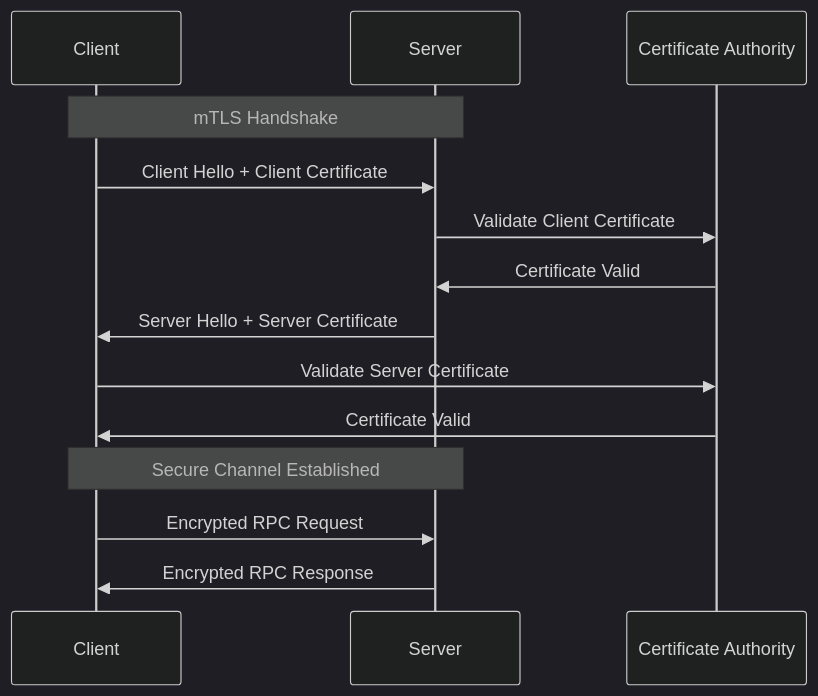
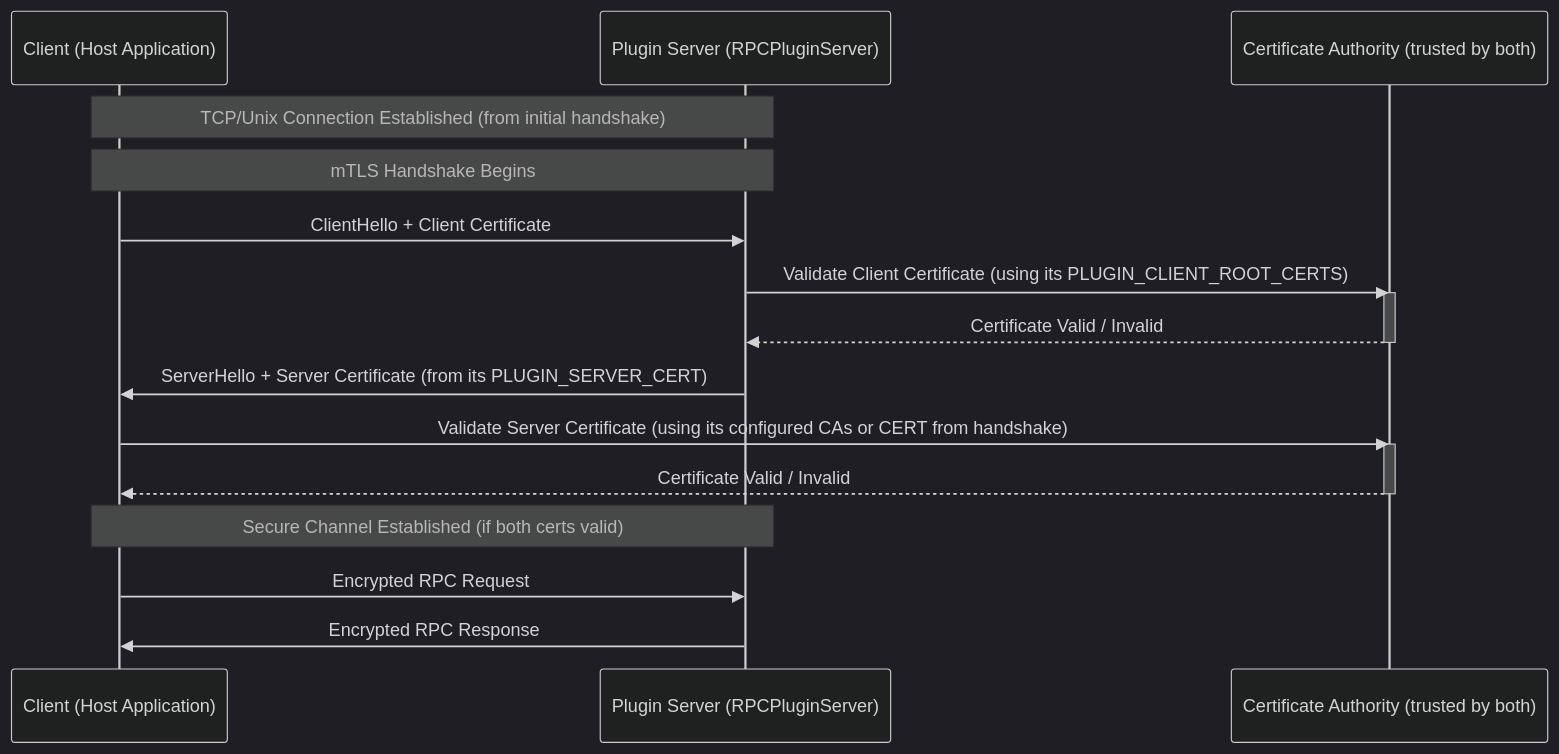
The third of 3 diagrams in docs/architecture.md (provide-io/pyvider-rpcplugin), drawn with Mermaid (dark theme) before and after one commit. The commit also changed other lines of this file and 12 other files, not shown here.

First line of the commit message:
harden(security): enforce mTLS client certificate validation on server side

````diff
--- a/docs/architecture.md
+++ b/docs/architecture.md
@@ -358,18 +444,23 @@
 ```mermaid
 sequenceDiagram
-    participant C as Client
-    participant S as Server
-    participant CA as Certificate Authority
+    participant C as Client (Host Application)
+    participant S as Plugin Server (RPCPluginServer)
+    participant CA as Certificate Authority (trusted by both)
     
-    Note over C,S: mTLS Handshake
-    C->>S: Client Hello + Client Certificate
-    S->>CA: Validate Client Certificate
-    CA->>S: Certificate Valid
-    S->>C: Server Hello + Server Certificate
-    C->>CA: Validate Server Certificate  
-    CA->>C: Certificate Valid
+    Note over C,S: TCP/Unix Connection Established (from initial handshake)
+    Note over C,S: mTLS Handshake Begins
+    C->>S: ClientHello + Client Certificate
+    S->>CA: Validate Client Certificate (using its PLUGIN_CLIENT_ROOT_CERTS)
+    activate CA
+    CA-->>S: Certificate Valid / Invalid
+    deactivate CA
+    S->>C: ServerHello + Server Certificate (from its PLUGIN_SERVER_CERT)
+    C->>CA: Validate Server Certificate (using its configured CAs or CERT from handshake)
+    activate CA
+    CA-->>C: Certificate Valid / Invalid
+    deactivate CA
     
-    Note over C,S: Secure Channel Established
+    Note over C,S: Secure Channel Established (if both certs valid)
     C->>S: Encrypted RPC Request
     S->>C: Encrypted RPC Response
 ```
````
